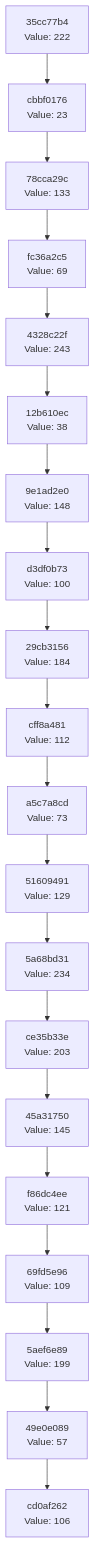
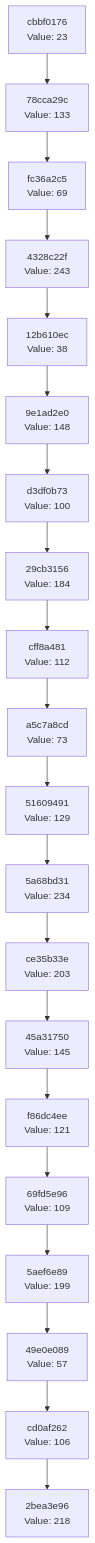
The diagram in docs/CHAIN_VISUALIZATION.md (Abhisheksinha1506/hash-chain-evolver), drawn with Mermaid before and after one commit. The commit also changed 2 other files, not shown here.

Commit message:
Evolution step: hash 0xDA → action executed

````diff
--- a/docs/CHAIN_VISUALIZATION.md
+++ b/docs/CHAIN_VISUALIZATION.md
@@ -3,42 +3,42 @@
 ```mermaid
 graph TD
-    C0["cd0af262<br/>Value: 106"]
-    C1["49e0e089<br/>Value: 57"]
+    C0["2bea3e96<br/>Value: 218"]
+    C1["cd0af262<br/>Value: 106"]
     C1 --> C0
-    C2["5aef6e89<br/>Value: 199"]
+    C2["49e0e089<br/>Value: 57"]
     C2 --> C1
-    C3["69fd5e96<br/>Value: 109"]
+    C3["5aef6e89<br/>Value: 199"]
     C3 --> C2
-    C4["f86dc4ee<br/>Value: 121"]
+    C4["69fd5e96<br/>Value: 109"]
     C4 --> C3
-    C5["45a31750<br/>Value: 145"]
+    C5["f86dc4ee<br/>Value: 121"]
     C5 --> C4
-    C6["ce35b33e<br/>Value: 203"]
+    C6["45a31750<br/>Value: 145"]
     C6 --> C5
-    C7["5a68bd31<br/>Value: 234"]
+    C7["ce35b33e<br/>Value: 203"]
     C7 --> C6
-    C8["51609491<br/>Value: 129"]
+    C8["5a68bd31<br/>Value: 234"]
     C8 --> C7
-    C9["a5c7a8cd<br/>Value: 73"]
+    C9["51609491<br/>Value: 129"]
     C9 --> C8
-    C10["cff8a481<br/>Value: 112"]
+    C10["a5c7a8cd<br/>Value: 73"]
     C10 --> C9
-    C11["29cb3156<br/>Value: 184"]
+    C11["cff8a481<br/>Value: 112"]
     C11 --> C10
-    C12["d3df0b73<br/>Value: 100"]
+    C12["29cb3156<br/>Value: 184"]
     C12 --> C11
-    C13["9e1ad2e0<br/>Value: 148"]
+    C13["d3df0b73<br/>Value: 100"]
     C13 --> C12
-    C14["12b610ec<br/>Value: 38"]
+    C14["9e1ad2e0<br/>Value: 148"]
     C14 --> C13
-    C15["4328c22f<br/>Value: 243"]
+    C15["12b610ec<br/>Value: 38"]
     C15 --> C14
-    C16["fc36a2c5<br/>Value: 69"]
+    C16["4328c22f<br/>Value: 243"]
     C16 --> C15
-    C17["78cca29c<br/>Value: 133"]
+    C17["fc36a2c5<br/>Value: 69"]
     C17 --> C16
-    C18["cbbf0176<br/>Value: 23"]
+    C18["78cca29c<br/>Value: 133"]
     C18 --> C17
-    C19["35cc77b4<br/>Value: 222"]
+    C19["cbbf0176<br/>Value: 23"]
     C19 --> C18
 ```
````
